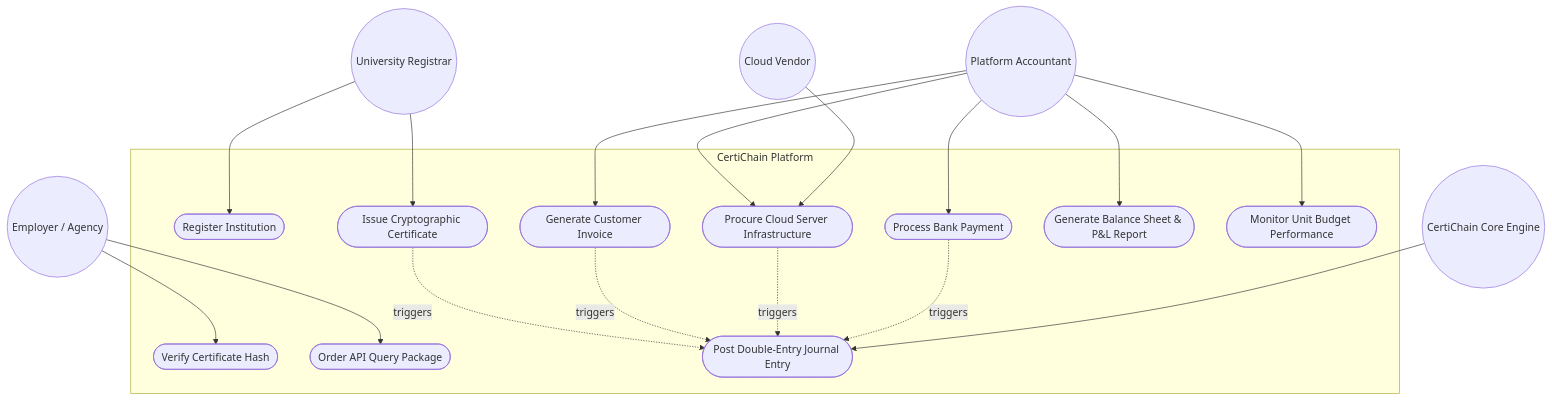
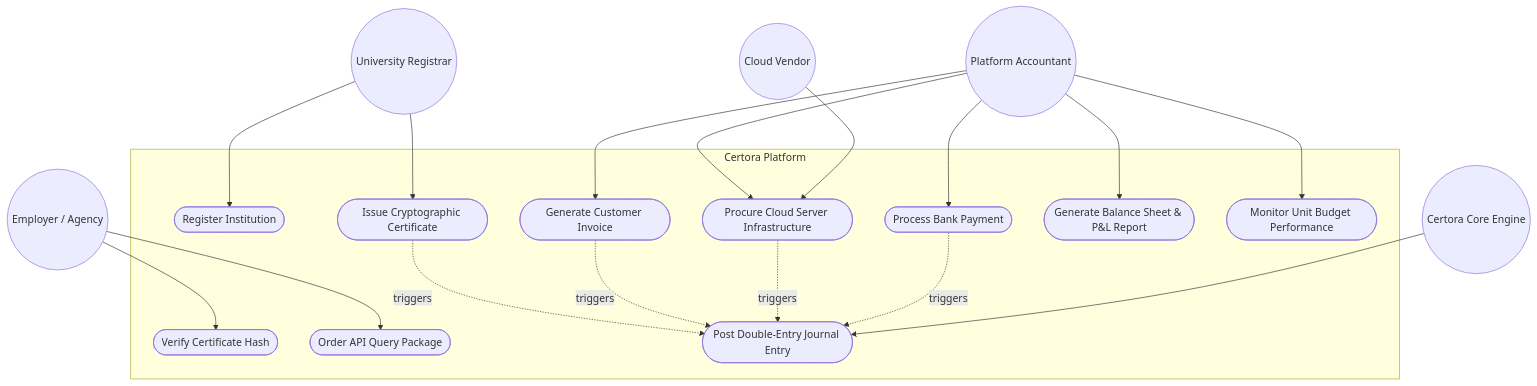
The first of 5 diagrams in Jeethesh M Project Leap.md (jeetheshm216/Certora-Certificate), drawn with Mermaid before and after one commit. The commit also changed other lines of this file and 7 other files, not shown here.

Commit message:
Rename project from CertiChain to Certora across application, database, UI and docs

````diff
--- a/Jeethesh M Project Leap.md
+++ b/Jeethesh M Project Leap.md
@@ -354,38 +354,38 @@
 ```mermaid
 graph TD
-    subgraph CertiChain Platform
+    subgraph Certora Platform
         UC1([Register Institution])
         UC2([Issue Cryptographic Certificate])
         UC3([Verify Certificate Hash])
         UC4([Order API Query Package])
         UC5([Generate Customer Invoice])
         UC6([Procure Cloud Server Infrastructure])
         UC7([Process Bank Payment])
         UC8([Post Double-Entry Journal Entry])
         UC9([Generate Balance Sheet & P&L Report])
         UC10([Monitor Unit Budget Performance])
     end
 
     Admin((University Registrar))
     Verifier((Employer / Agency))
     Accountant((Platform Accountant))
     Vendor((Cloud Vendor))
-    System((CertiChain Core Engine))
+    System((Certora Core Engine))
 
     Admin --> UC1
     Admin --> UC2
     Verifier --> UC3
     Verifier --> UC4
     Accountant --> UC5
     Accountant --> UC6
     Accountant --> UC7
     Accountant --> UC9
     Accountant --> UC10
     Vendor --> UC6
     
     UC2 -.->|triggers| UC8
     UC5 -.->|triggers| UC8
     UC6 -.->|triggers| UC8
     UC7 -.->|triggers| UC8
     System --> UC8
 ```
````
